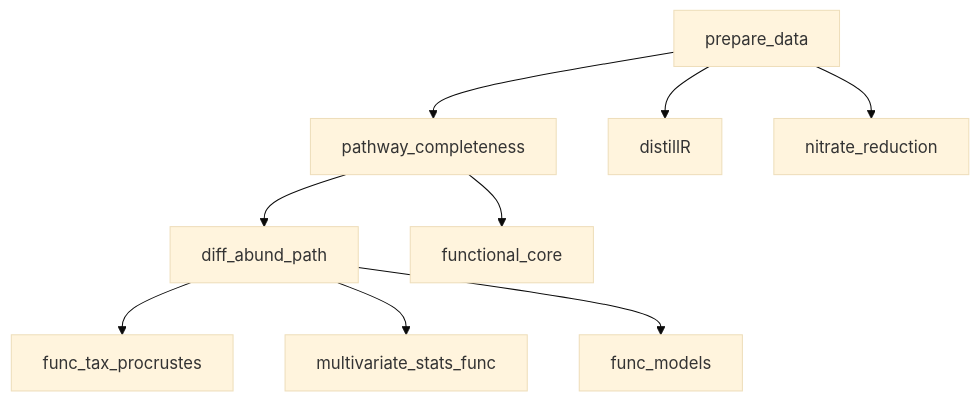
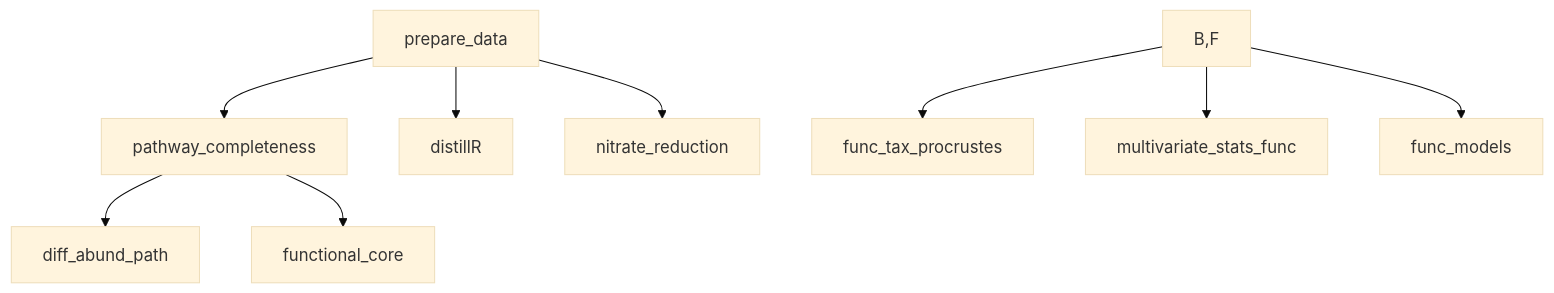
One commit to markella-moraitou/mammal_oral_microbiome_stats changed the second of 3 diagrams in README.md. Above: the diagram before and after it, drawn with Mermaid (base theme). The commit also changed 10 other files, not shown here.

````diff
--- a/README.md
+++ b/README.md
@@ -19,11 +19,11 @@
 ```mermaid
 flowchart TD;
     A[prepare_data]-->B[pathway_completeness];
     B-->C[diff_abund_path];
     B-->D[functional_core];
     A-->F[distillR];
-    C-->G[func_tax_procrustes];
-    C-->H[multivariate_stats_func];
-    C-->I[func_models];
+    B,F-->G[func_tax_procrustes];
+    B,F-->H[multivariate_stats_func];
+    B,F-->I[func_models];
     A-->J[nitrate_reduction];
 ```
````
